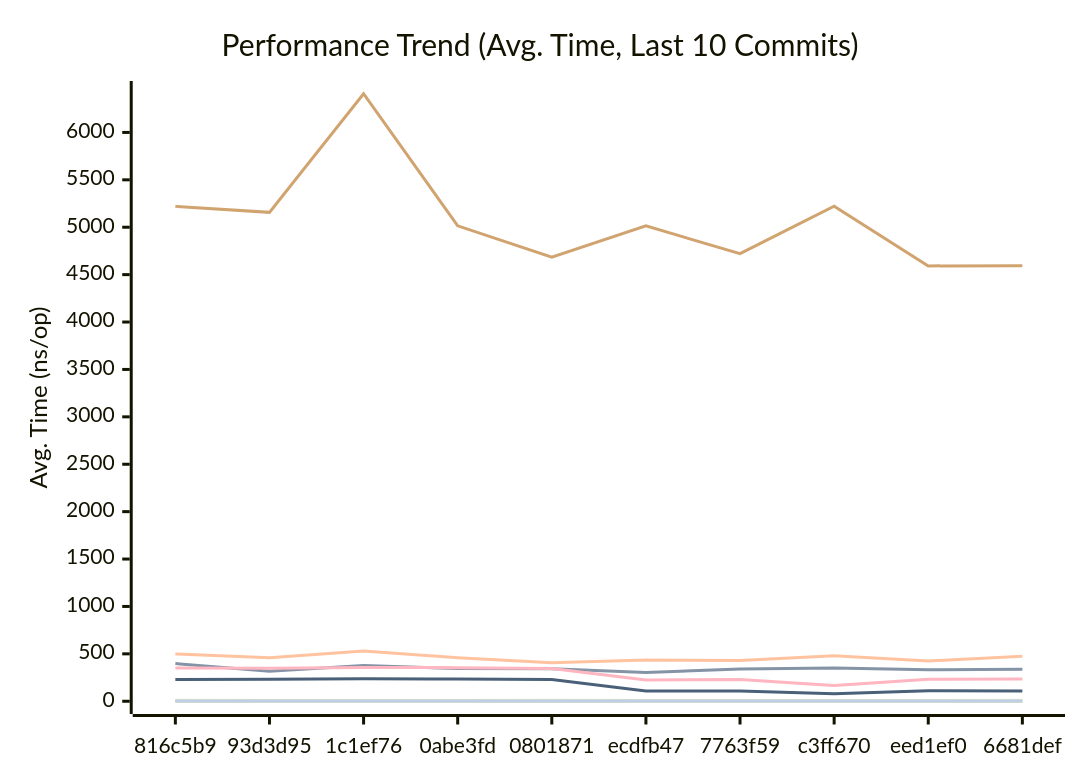
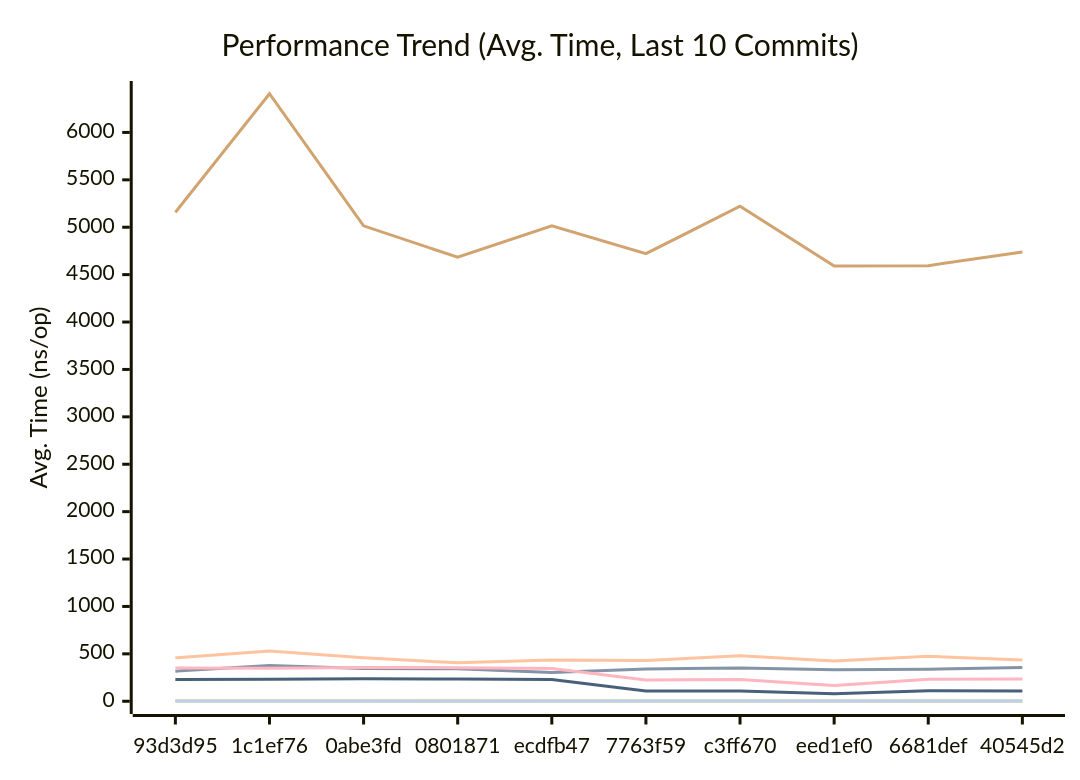
One commit to alsotoes/momo changed the first of 3 diagrams in docs/PERFORMANCE.md. Above: the diagram before and after it, drawn with Mermaid. The commit also changed other lines of this file and 1 other file, not shown here.

````diff
--- a/docs/PERFORMANCE.md
+++ b/docs/PERFORMANCE.md
@@ -80,16 +80,16 @@
 ```mermaid
 xychart-beta
     title "Performance Trend (Avg. Time, Last 10 Commits)"
     x-axis "Commit"
     y-axis "Avg. Time (ns/op)"
-    x-axis [816c5b9,93d3d95,1c1ef76,0abe3fd,0801871,ecdfb47,7763f59,c3ff670,eed1ef0,6681def]
-    line "CheckMetricsAndSwap" [11,8,8,8,11,9,9,8,9,10]
-    line "CrushOptimized" [398,317,376,346,342,303,340,351,332,337]
-    line "CrushOriginal" [499,458,531,458,405,434,429,480,425,474]
-    line "IndexDirectTracking" [0,0,0,0,1,0,0,0,0,0]
+    x-axis [93d3d95,1c1ef76,0abe3fd,0801871,ecdfb47,7763f59,c3ff670,eed1ef0,6681def,40545d2]
+    line "CheckMetricsAndSwap" [8,8,8,11,9,9,8,9,10,9]
+    line "CrushOptimized" [317,376,346,342,303,340,351,332,337,356]
+    line "CrushOriginal" [458,531,458,405,434,429,480,425,474,434]
+    line "IndexDirectTracking" [0,0,0,1,0,0,0,0,0,0]
     line "IndexSearch" [2,2,2,2,2,2,2,2,2,2]
-    line "LoadGlobalConfig" [5220,5157,6408,5015,4683,5014,4721,5222,4592,4595]
+    line "LoadGlobalConfig" [5157,6408,5015,4683,5014,4721,5222,4592,4595,4739]
     line "PadString" [2,2,2,2,2,2,2,2,2,2]
     line "ParseReplicationOrder_NoPrealloc" [350,349,357,354,345,225,229,165,232,234]
     line "ParseReplicationOrder_Prealloc" [229,231,237,234,229,108,107,80,110,109]
 ```
````
